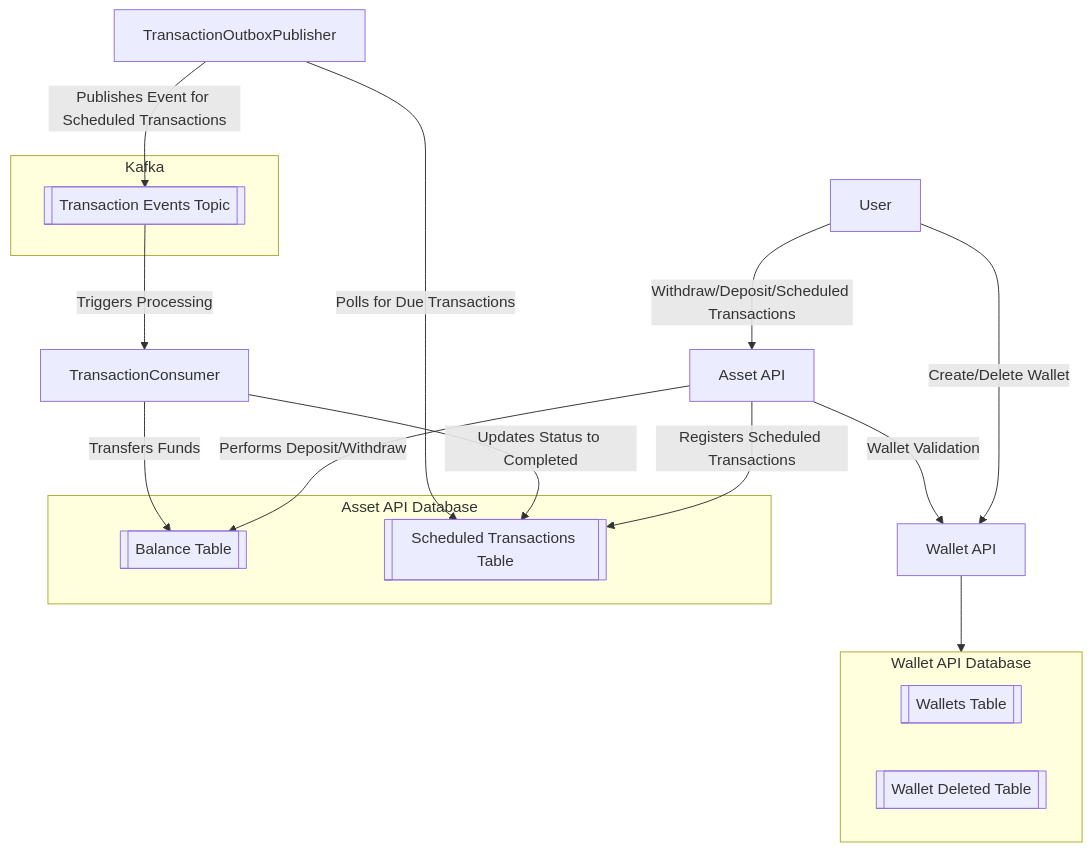
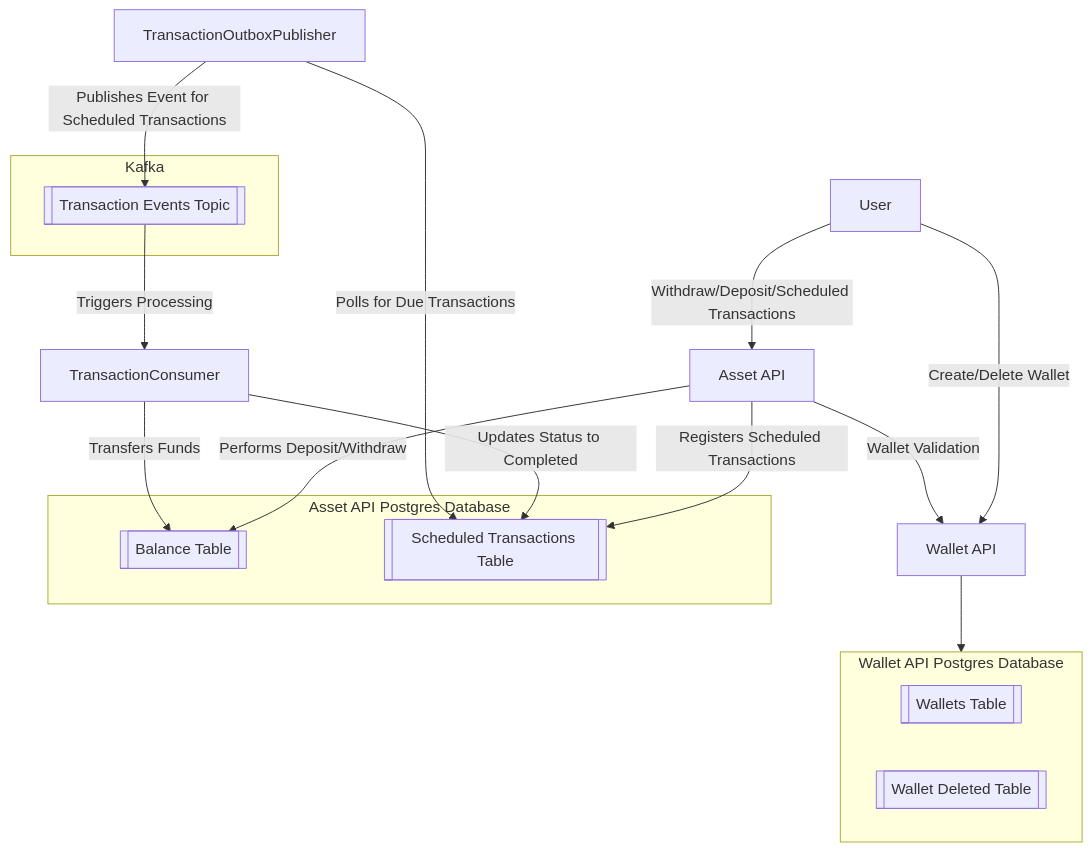
The diagram in README.md (oguzcanbudumlu/asset-management), drawn with Mermaid before and after one commit. The commit also changed other lines of this file, not shown here.

````diff
--- a/README.md
+++ b/README.md
@@ -43,32 +43,32 @@
 ```mermaid
 graph TD
     User[User] -->|Create/Delete Wallet| WalletAPI[Wallet API]
     User -->|Withdraw/Deposit/Scheduled Transactions| AssetAPI[Asset API]
 
-    subgraph WalletDB[Wallet API Database]
+    subgraph WalletDB[Wallet API Postgres Database]
         wallets[["Wallets Table"]]
         wallet_deleteds[["Wallet Deleted Table"]]
     end
     WalletAPI --> WalletDB
 
-    subgraph AssetDB[Asset API Database]
+    subgraph AssetDB[Asset API Postgres Database]
         balance[["Balance Table"]]
         scheduled_transactions[["Scheduled Transactions Table"]]
     end
     AssetAPI -->|Performs Deposit/Withdraw| balance
     AssetAPI -->|Registers Scheduled Transactions| scheduled_transactions
 
     AssetAPI -->|Wallet Validation| WalletAPI
 
     subgraph Kafka
         KafkaTopic[["Transaction Events Topic"]]
     end
     TransactionOutboxPublisher -->|Publishes Event for Scheduled Transactions| KafkaTopic
     KafkaTopic -->|Triggers Processing| TransactionConsumer
     TransactionConsumer -->|Transfers Funds| balance
     TransactionConsumer -->|Updates Status to Completed| scheduled_transactions
 
     TransactionOutboxPublisher -->|Polls for Due Transactions| scheduled_transactions
 
 
 ```
````
